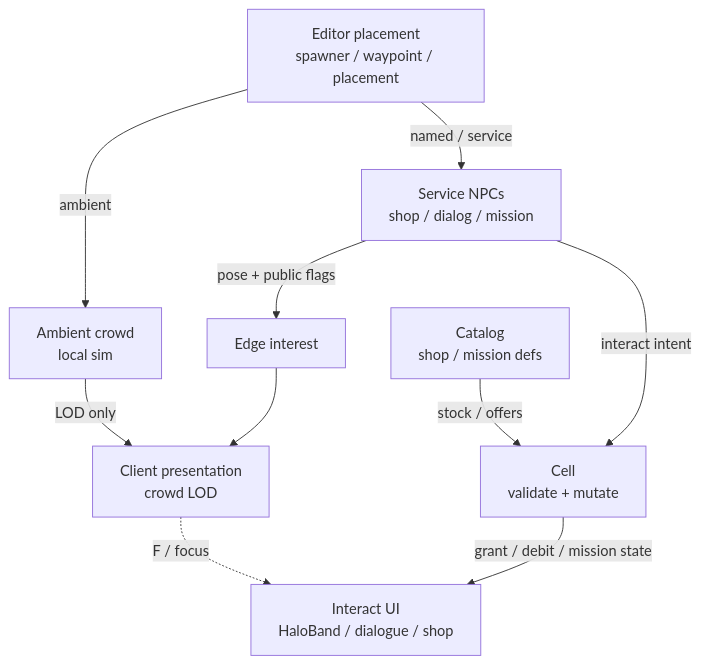
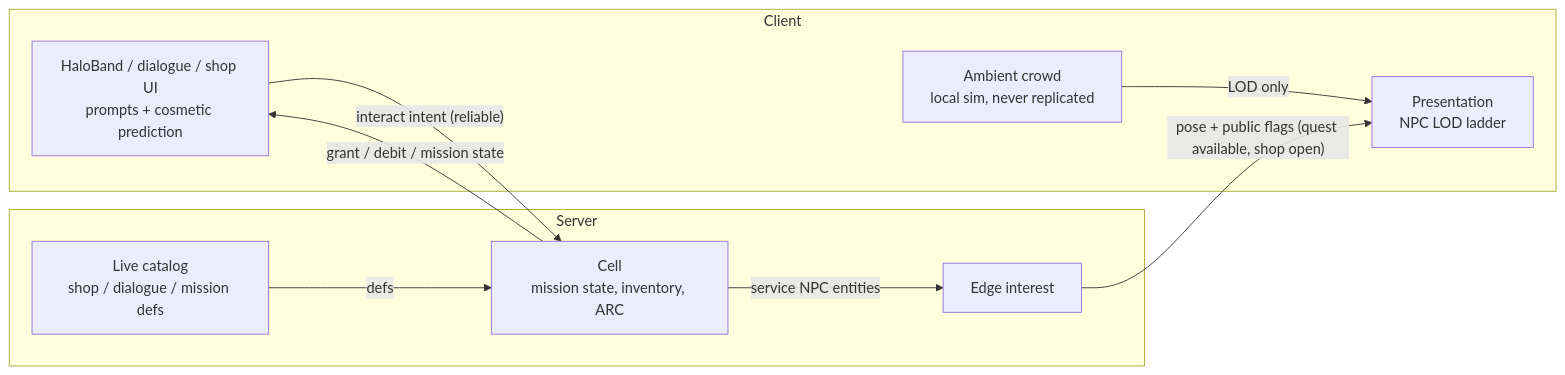
The first of 3 diagrams in docs/docs/architecture/npc.md (AlanGreyjoy/claudecitizen), drawn with Mermaid before and after one commit. The commit also changed other lines of this file and 49 other files, not shown here.

First line of the commit message:
feat(docs): update architecture documentation for character combat and locomotion

````diff
--- a/docs/docs/architecture/npc.md
+++ b/docs/docs/architecture/npc.md
@@ -60,20 +58,19 @@
 ```mermaid
-flowchart TB
-  Author["Editor placement<br/>spawner / waypoint / placement"]
-  Ambient["Ambient crowd<br/>local sim"]
-  Service["Service NPCs<br/>shop / dialog / mission"]
-  Present["Client presentation<br/>crowd LOD"]
-  Edge["Edge interest"]
-  Cell["Cell<br/>validate + mutate"]
-  Catalog["Catalog<br/>shop / mission defs"]
-  UI["Interact UI<br/>HaloBand / dialogue / shop"]
-  Author -->|"ambient"| Ambient
-  Author -->|"named / service"| Service
-  Ambient -->|"LOD only"| Present
-  Service -->|"pose + public flags"| Edge
-  Edge --> Present
-  Service -->|"interact intent"| Cell
-  Catalog -->|"stock / offers"| Cell
+flowchart LR
+  subgraph client["Client"]
+    Ambient["Ambient crowd<br/>local sim, never replicated"]
+    Render["Presentation<br/>NPC LOD ladder"]
+    UI["HaloBand / dialogue / shop UI<br/>prompts + cosmetic prediction"]
+  end
+  subgraph server["Server"]
+    Edge["Edge interest"]
+    Cell["Cell<br/>mission state, inventory, ARC"]
+    Catalog["Live catalog<br/>shop / dialogue / mission defs"]
+  end
+  Ambient -->|"LOD only"| Render
+  UI -->|"interact intent (reliable)"| Cell
+  Catalog -->|"defs"| Cell
   Cell -->|"grant / debit / mission state"| UI
-  Present -.->|"F / focus"| UI
+  Cell -->|"service NPC entities"| Edge
+  Edge -->|"pose + public flags (quest available, shop open)"| Render
 ```
````
